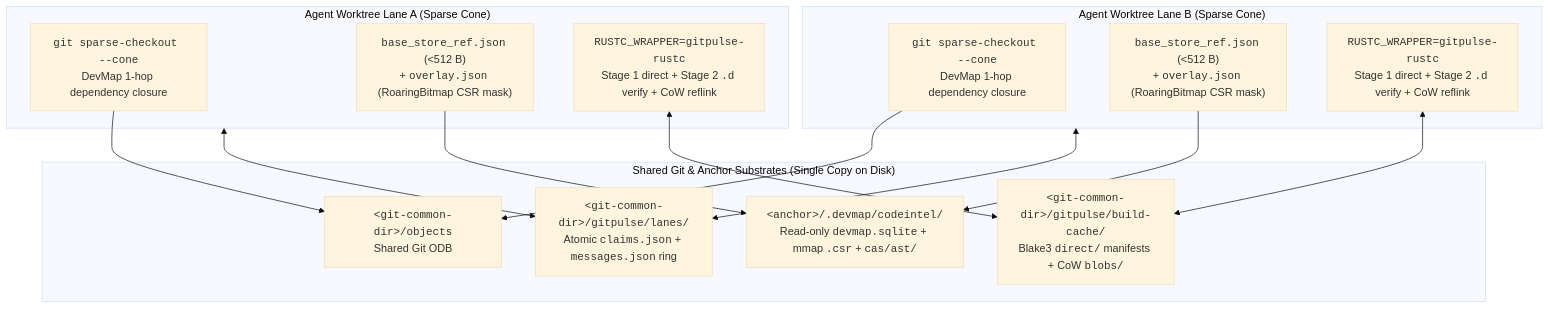
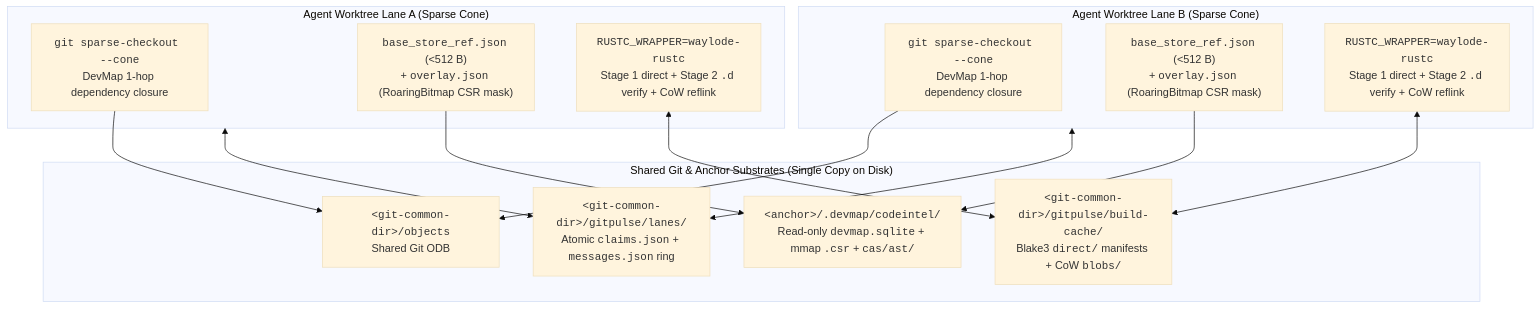
Before and after one commit to bharathvbcr/GitPulse: the first of 4 diagrams in docs/ZERO_COPY_AGENTIC_WORKTREES.md, drawn with Mermaid (base theme). The commit also changed other lines of this file and 57 other files, not shown here.

````diff
--- a/docs/ZERO_COPY_AGENTIC_WORKTREES.md
+++ b/docs/ZERO_COPY_AGENTIC_WORKTREES.md
@@ -43,30 +43,30 @@
 ```mermaid
 flowchart TB
     subgraph Shared["Shared Git & Anchor Substrates (Single Copy on Disk)"]
         ODB["<code>&lt;git-common-dir&gt;/objects</code><br/>Shared Git ODB"]
         AnchorDB["<code>&lt;anchor&gt;/.devmap/codeintel/</code><br/>Read-only <code>devmap.sqlite</code> + mmap <code>.csr</code> + <code>cas/ast/</code>"]
         BuildCache["<code>&lt;git-common-dir&gt;/gitpulse/build-cache/</code><br/>Blake3 <code>direct/</code> manifests + CoW <code>blobs/</code>"]
         AgentBus["<code>&lt;git-common-dir&gt;/gitpulse/lanes/</code><br/>Atomic <code>claims.json</code> + <code>messages.json</code> ring"]
     end
 
     subgraph LaneA["Agent Worktree Lane A (Sparse Cone)"]
         ConeA["<code>git sparse-checkout --cone</code><br/>DevMap 1-hop dependency closure"]
         RefA["<code>base_store_ref.json</code> (&lt;512 B)<br/>+ <code>overlay.json</code> (RoaringBitmap CSR mask)"]
-        RustcA["<code>RUSTC_WRAPPER=gitpulse-rustc</code><br/>Stage 1 direct + Stage 2 <code>.d</code> verify + CoW reflink"]
+        RustcA["<code>RUSTC_WRAPPER=waylode-rustc</code><br/>Stage 1 direct + Stage 2 <code>.d</code> verify + CoW reflink"]
     end
 
     subgraph LaneB["Agent Worktree Lane B (Sparse Cone)"]
         ConeB["<code>git sparse-checkout --cone</code><br/>DevMap 1-hop dependency closure"]
         RefB["<code>base_store_ref.json</code> (&lt;512 B)<br/>+ <code>overlay.json</code> (RoaringBitmap CSR mask)"]
-        RustcB["<code>RUSTC_WRAPPER=gitpulse-rustc</code><br/>Stage 1 direct + Stage 2 <code>.d</code> verify + CoW reflink"]
+        RustcB["<code>RUSTC_WRAPPER=waylode-rustc</code><br/>Stage 1 direct + Stage 2 <code>.d</code> verify + CoW reflink"]
     end
 
     ConeA --> ODB
     ConeB --> ODB
     RefA --> AnchorDB
     RefB --> AnchorDB
     RustcA <--> BuildCache
     RustcB <--> BuildCache
     LaneA <--> AgentBus
     LaneB <--> AgentBus
 ```
````
